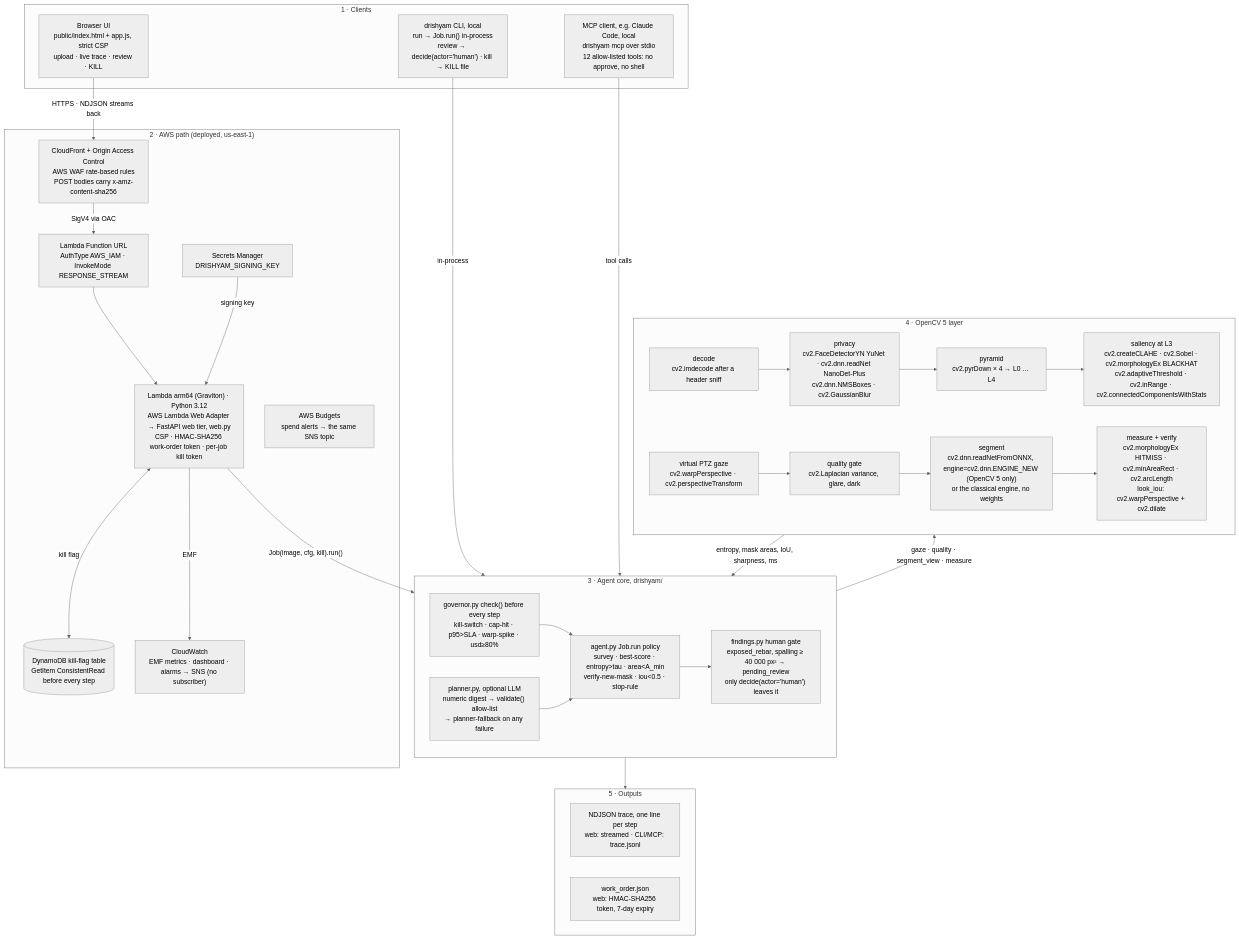
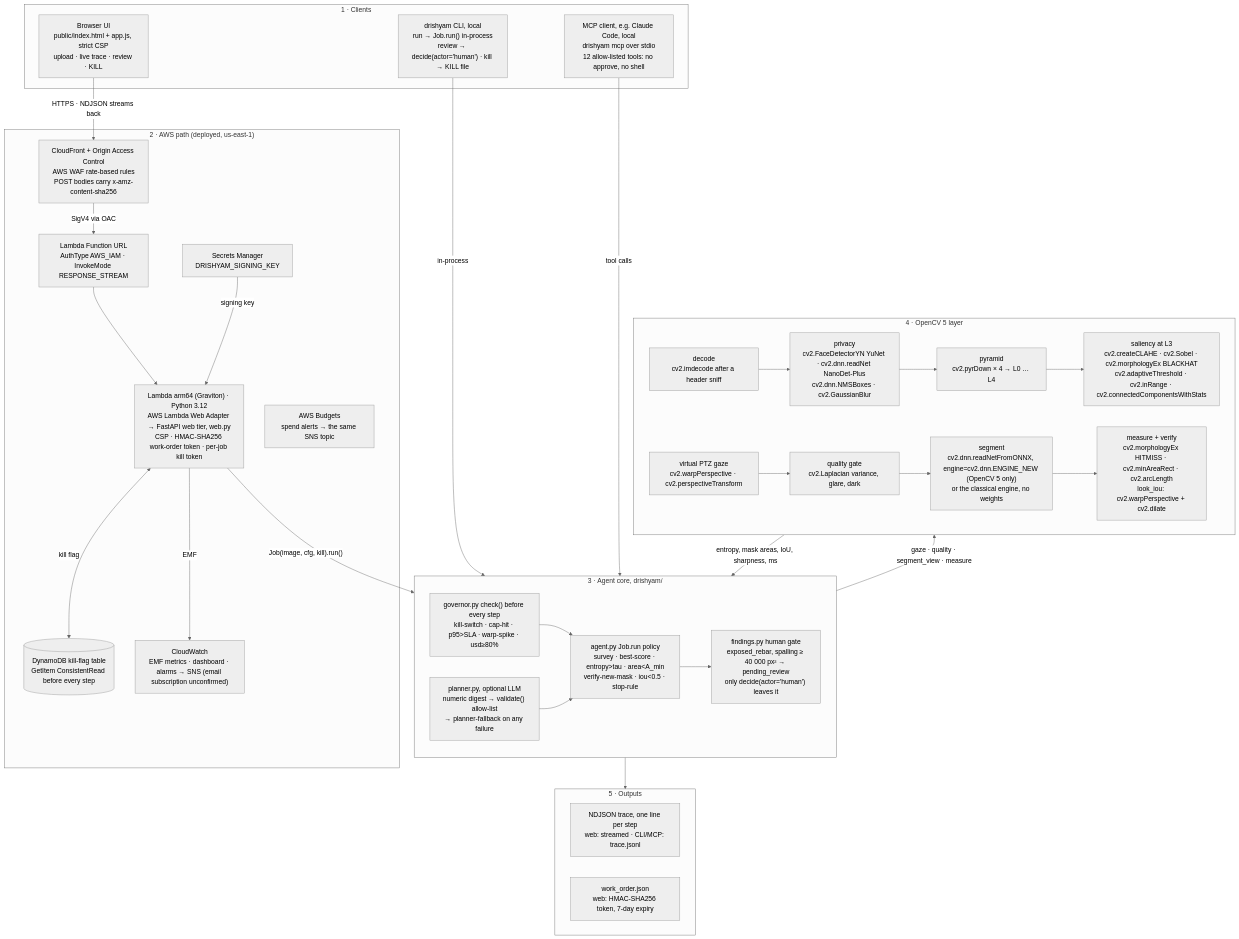
Before and after one commit to vj-io/drishyam: the diagram in docs/architecture.mmd, drawn with Mermaid (neutral theme). The commit also changed 3 other files, not shown here.

First line of the commit message:
docs: FIG. 4.1 re-rendered from the new summary; architecture REV 1.1, SNS email unconfirmed

```diff
--- a/docs/architecture.mmd
+++ b/docs/architecture.mmd
@@ -1,59 +1,59 @@
 %% Drishyam system architecture: the same content as docs/architecture.svg.
 %% cv2 names are the calls made in drishyam/imaging.py, privacy.py, segment.py, measure.py and agent.py.
 flowchart TB
     subgraph CLIENTS["1 · Clients"]
         UI["Browser UI<br/>public/index.html + app.js, strict CSP<br/>upload · live trace · review · KILL"]
         CLI["drishyam CLI, local<br/>run → Job.run() in-process<br/>review → decide(actor='human') · kill → KILL file"]
         MCPC["MCP client, e.g. Claude Code, local<br/>drishyam mcp over stdio<br/>12 allow-listed tools: no approve, no shell"]
     end
 
     subgraph AWS["2 · AWS path (deployed, us-east-1)"]
         CF["CloudFront + Origin Access Control<br/>AWS WAF rate-based rules<br/>POST bodies carry x-amz-content-sha256"]
         FURL["Lambda Function URL<br/>AuthType AWS_IAM · InvokeMode RESPONSE_STREAM"]
         LAMBDA["Lambda arm64 (Graviton) · Python 3.12<br/>AWS Lambda Web Adapter → FastAPI web tier, web.py<br/>CSP · HMAC-SHA256 work-order token · per-job kill token"]
         DDB[("DynamoDB kill-flag table<br/>GetItem ConsistentRead before every step")]
         SM["Secrets Manager<br/>DRISHYAM_SIGNING_KEY"]
-        CW["CloudWatch<br/>EMF metrics · dashboard · alarms → SNS (no subscriber)"]
+        CW["CloudWatch<br/>EMF metrics · dashboard · alarms → SNS (email subscription unconfirmed)"]
         BUD["AWS Budgets<br/>spend alerts → the same SNS topic"]
     end
 
     subgraph CORE["3 · Agent core, drishyam/"]
         POLICY["agent.py Job.run policy<br/>survey · best-score · entropy#gt;tau · area#lt;A_min<br/>verify-new-mask · iou#lt;0.5 · stop-rule"]
         GOV["governor.py check() before every step<br/>kill-switch · cap-hit · p95#gt;SLA · warp-spike · usd≥80%"]
         PLAN["planner.py, optional LLM<br/>numeric digest → validate() allow-list<br/>→ planner-fallback on any failure"]
         GATE["findings.py human gate<br/>exposed_rebar, spalling ≥ 40 000 px² → pending_review<br/>only decide(actor='human') leaves it"]
         GOV --> POLICY
         PLAN --> POLICY
         POLICY --> GATE
     end
 
     subgraph CV["4 · OpenCV 5 layer"]
         DEC["decode<br/>cv2.imdecode after a header sniff"]
         PRIV["privacy<br/>cv2.FaceDetectorYN YuNet · cv2.dnn.readNet NanoDet-Plus<br/>cv2.dnn.NMSBoxes · cv2.GaussianBlur"]
         PYR["pyramid<br/>cv2.pyrDown × 4 → L0 … L4"]
         SAL["saliency at L3<br/>cv2.createCLAHE · cv2.Sobel · cv2.morphologyEx BLACKHAT<br/>cv2.adaptiveThreshold · cv2.inRange · cv2.connectedComponentsWithStats"]
         GAZE["virtual PTZ gaze<br/>cv2.warpPerspective · cv2.perspectiveTransform"]
         QG["quality gate<br/>cv2.Laplacian variance, glare, dark"]
         SEG["segment<br/>cv2.dnn.readNetFromONNX, engine=cv2.dnn.ENGINE_NEW (OpenCV 5 only)<br/>or the classical engine, no weights"]
         MEAS["measure + verify<br/>cv2.morphologyEx HITMISS · cv2.minAreaRect · cv2.arcLength<br/>look_iou: cv2.warpPerspective + cv2.dilate"]
         DEC --> PRIV --> PYR --> SAL
         GAZE --> QG --> SEG --> MEAS
     end
 
     subgraph OUT["5 · Outputs"]
         TRACE["NDJSON trace, one line per step<br/>web: streamed · CLI/MCP: trace.jsonl"]
         WO["work_order.json<br/>web: HMAC-SHA256 token, 7-day expiry"]
     end
 
     UI -->|"HTTPS · NDJSON streams back"| CF
     CF -->|"SigV4 via OAC"| FURL --> LAMBDA
     LAMBDA <-->|"kill flag"| DDB
     SM -->|"signing key"| LAMBDA
     LAMBDA -->|"EMF"| CW
     BUD ~~~ CW
     LAMBDA -->|"Job(image, cfg, kill).run()"| CORE
     CLI -->|"in-process"| CORE
     MCPC -->|"tool calls"| CORE
     CORE -->|"gaze · quality · segment_view · measure"| CV
     CV -->|"entropy, mask areas, IoU, sharpness, ms"| CORE
     CORE --> OUT
```
